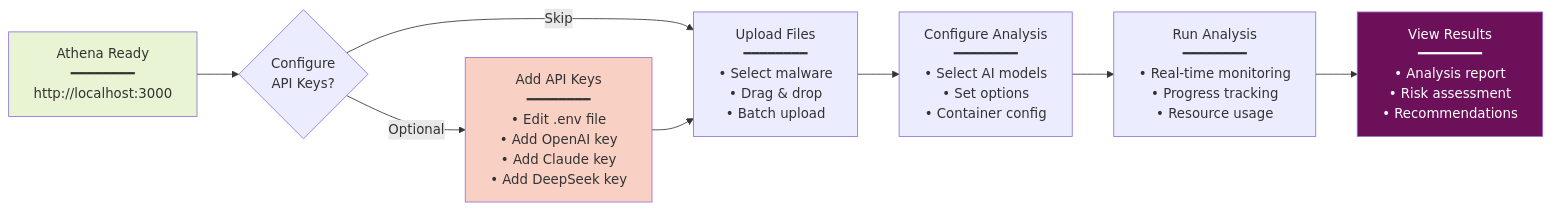
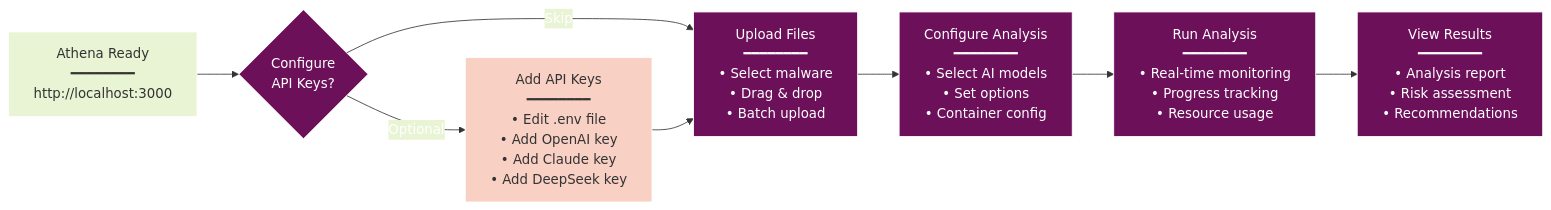
One commit to radicalkjax/Athena changed the second of 13 diagrams in docs/GETTING_STARTED.md. Above: the diagram before and after it, drawn with Mermaid. The commit also changed 4 other files, not shown here.

````diff
--- a/docs/GETTING_STARTED.md
+++ b/docs/GETTING_STARTED.md
@@ -144,20 +144,41 @@
 ```mermaid
+%%{init: {
+  'theme': 'base',
+  'themeVariables': {
+    'primaryColor': '#6d105a',
+    'primaryTextColor': '#ffffff',
+    'primaryBorderColor': '#ffffff',
+    'lineColor': '#333333',
+    'secondaryColor': '#e8f4d4',
+    'secondaryTextColor': '#000000',
+    'secondaryBorderColor': '#333333',
+    'tertiaryColor': '#f9d0c4',
+    'tertiaryTextColor': '#000000',
+    'tertiaryBorderColor': '#333333',
+    'background': '#ffffff',
+    'mainBkg': '#6d105a',
+    'secondBkg': '#e8f4d4',
+    'tertiaryBkg': '#f9d0c4',
+    'textColor': '#000000',
+    'fontFamily': 'Arial, sans-serif'
+  }
+}}%%
 flowchart LR
     Ready[Athena Ready<br/>━━━━━━━━<br/>http://localhost:3000] --> Config{Configure<br/>API Keys?}
 
     Config -->|Optional| Keys[Add API Keys<br/>━━━━━━━━<br/>• Edit .env file<br/>• Add OpenAI key<br/>• Add Claude key<br/>• Add DeepSeek key]
 
     Config -->|Skip| Upload[Upload Files<br/>━━━━━━━━<br/>• Select malware<br/>• Drag & drop<br/>• Batch upload]
 
     Keys --> Upload
 
     Upload --> Analysis[Configure Analysis<br/>━━━━━━━━<br/>• Select AI models<br/>• Set options<br/>• Container config]
 
     Analysis --> Run[Run Analysis<br/>━━━━━━━━<br/>• Real-time monitoring<br/>• Progress tracking<br/>• Resource usage]
 
     Run --> Results[View Results<br/>━━━━━━━━<br/>• Analysis report<br/>• Risk assessment<br/>• Recommendations]
 
     style Ready fill:#e8f4d4,color:#333
     style Keys fill:#f9d0c4,color:#333
     style Results fill:#6d105a,color:#fff
 ```
````
